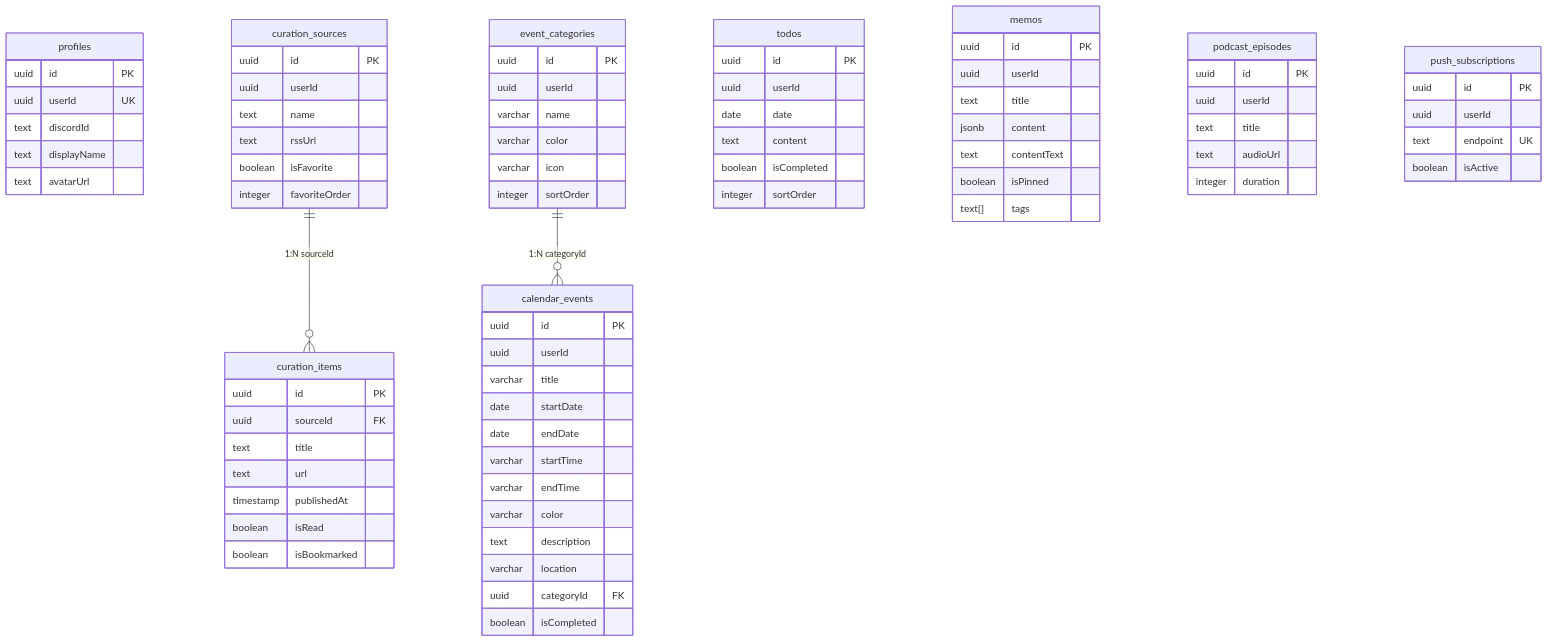
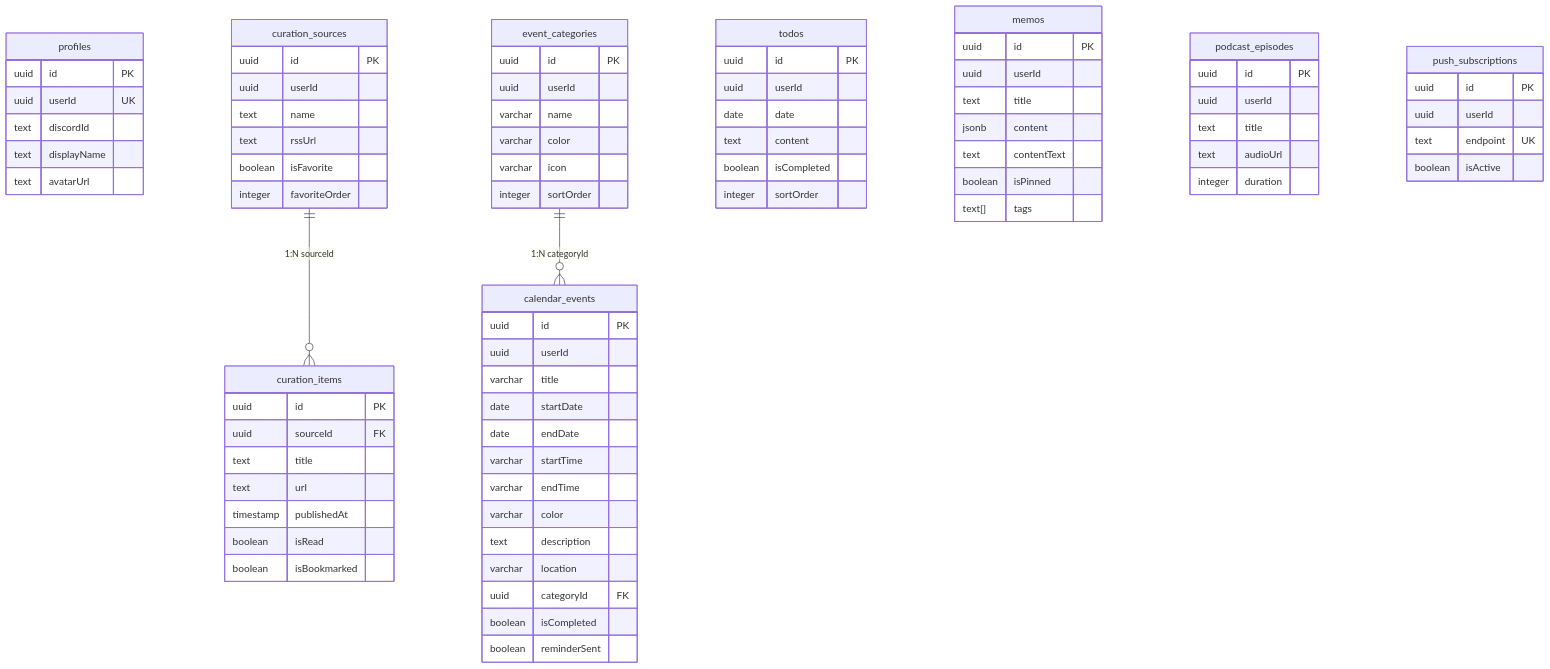
One commit to bbbang105/forme changed the fourth of 4 diagrams in docs/ARCHITECTURE.md. Above: the diagram before and after it, drawn with Mermaid. The commit also changed other lines of this file and 21 other files, not shown here.

```diff
--- a/docs/ARCHITECTURE.md
+++ b/docs/ARCHITECTURE.md
@@ -228,6 +237,7 @@
     varchar location
     uuid categoryId FK
     boolean isCompleted
+    boolean reminderSent
   }
 
   todos {
```
